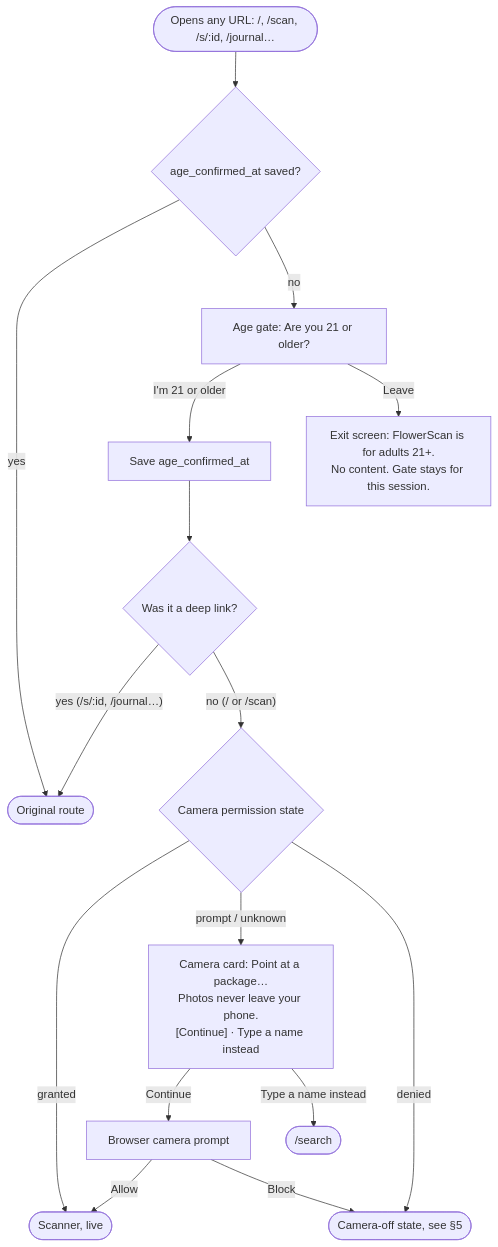
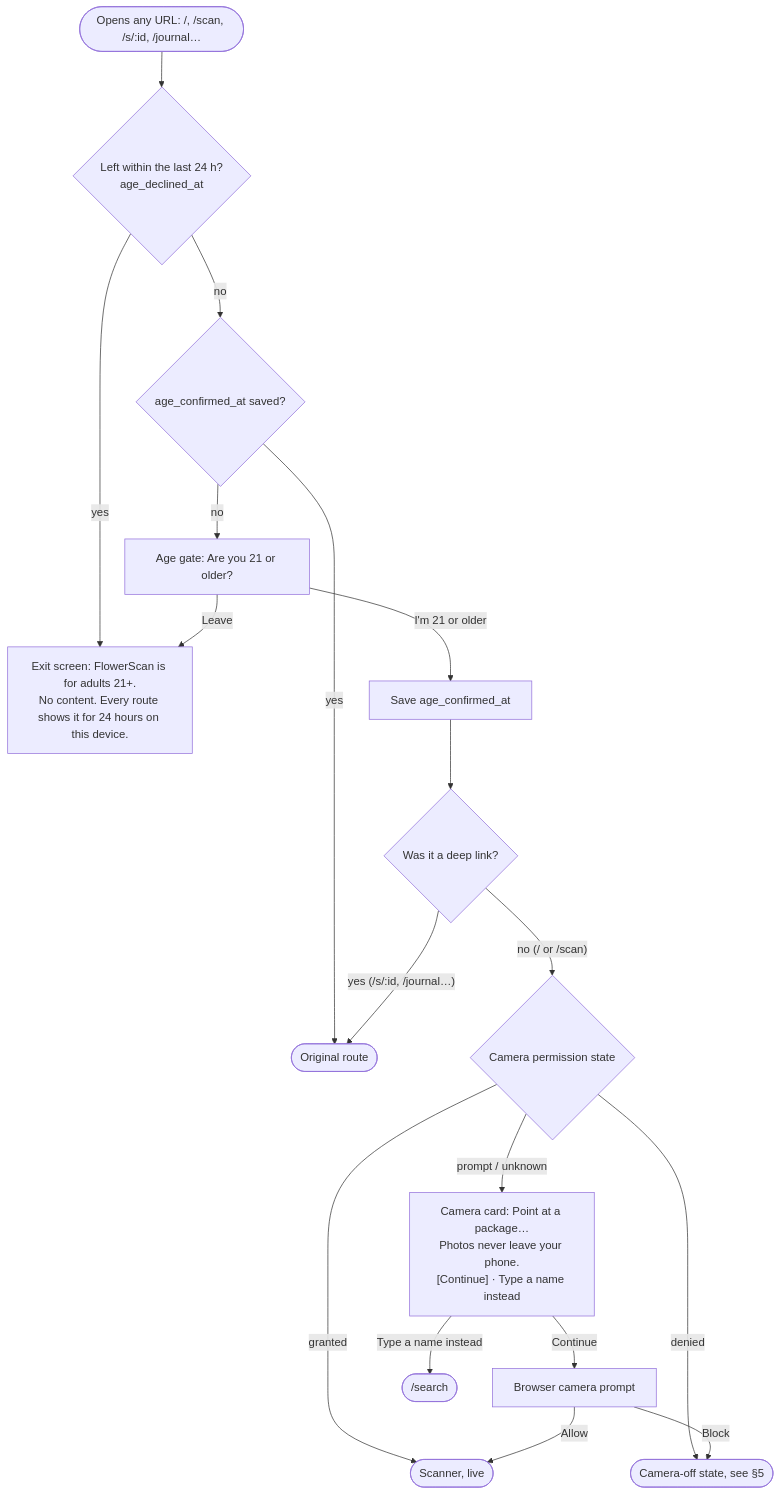
The second of 9 diagrams in docs/design/flows.md (AhtomicStudio/flowerscan), drawn with Mermaid before and after one commit. The commit also changed other lines of this file and 54 other files, not shown here.

````diff
--- a/docs/design/flows.md
+++ b/docs/design/flows.md
@@ -42,16 +47,18 @@
 ```mermaid
 flowchart TD
-  A([Opens any URL: /, /scan, /s/:id, /journal…]) --> B{age_confirmed_at saved?}
+  A([Opens any URL: /, /scan, /s/:id, /journal…]) --> X0{Left within the last 24 h?<br/>age_declined_at}
+  X0 -- yes --> L
+  X0 -- no --> B{age_confirmed_at saved?}
   B -- yes --> R([Original route])
   B -- no --> G["Age gate: Are you 21 or older?"]
   G -- "I'm 21 or older" --> S[Save age_confirmed_at] --> D{Was it a deep link?}
   D -- "yes (/s/:id, /journal…)" --> R
   D -- "no (/ or /scan)" --> P{Camera permission state}
-  G -- Leave --> L["Exit screen: FlowerScan is for adults 21+.<br/>No content. Gate stays for this session."]
+  G -- Leave --> L["Exit screen: FlowerScan is for adults 21+.<br/>No content. Every route shows it for 24 hours on this device."]
   P -- granted --> LIVE([Scanner, live])
   P -- "prompt / unknown" --> C["Camera card: Point at a package…<br/>Photos never leave your phone.<br/>[Continue] · Type a name instead"]
   P -- denied --> DEN([Camera-off state, see §5])
   C -- Continue --> BP[Browser camera prompt] -- Allow --> LIVE
   BP -- Block --> DEN
   C -- "Type a name instead" --> SR([/search])
 ```
````
